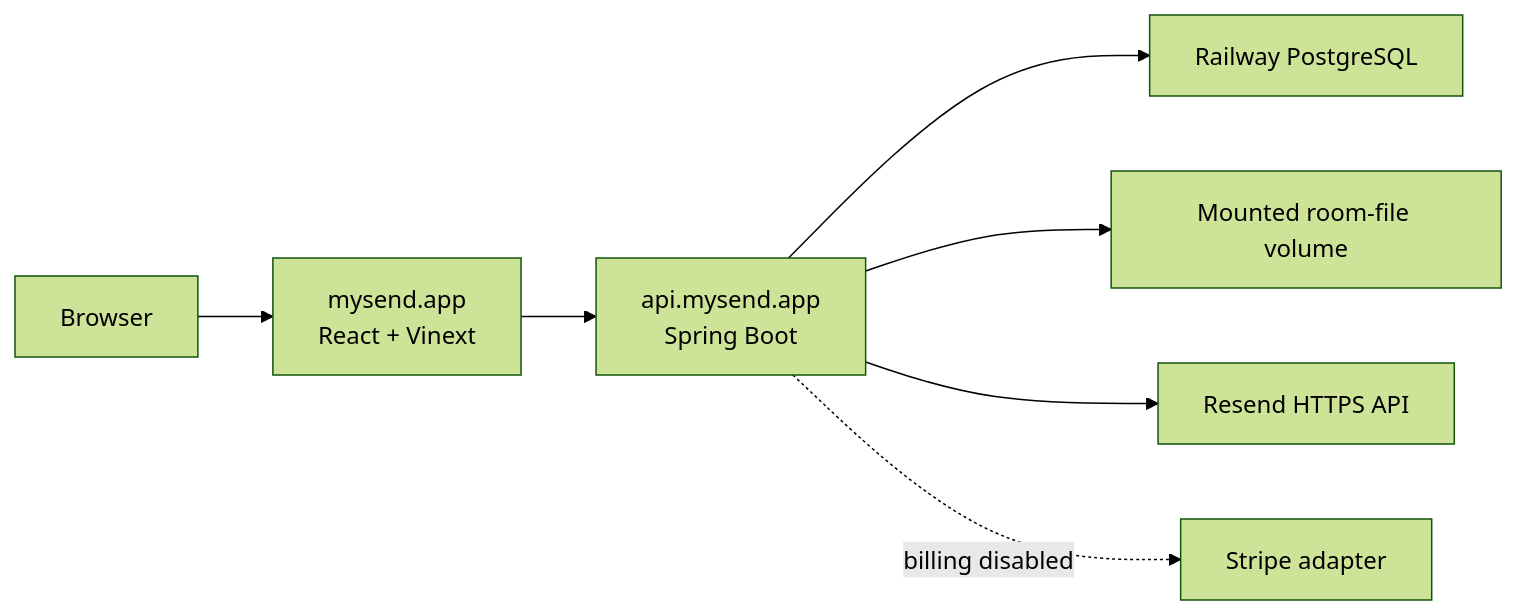
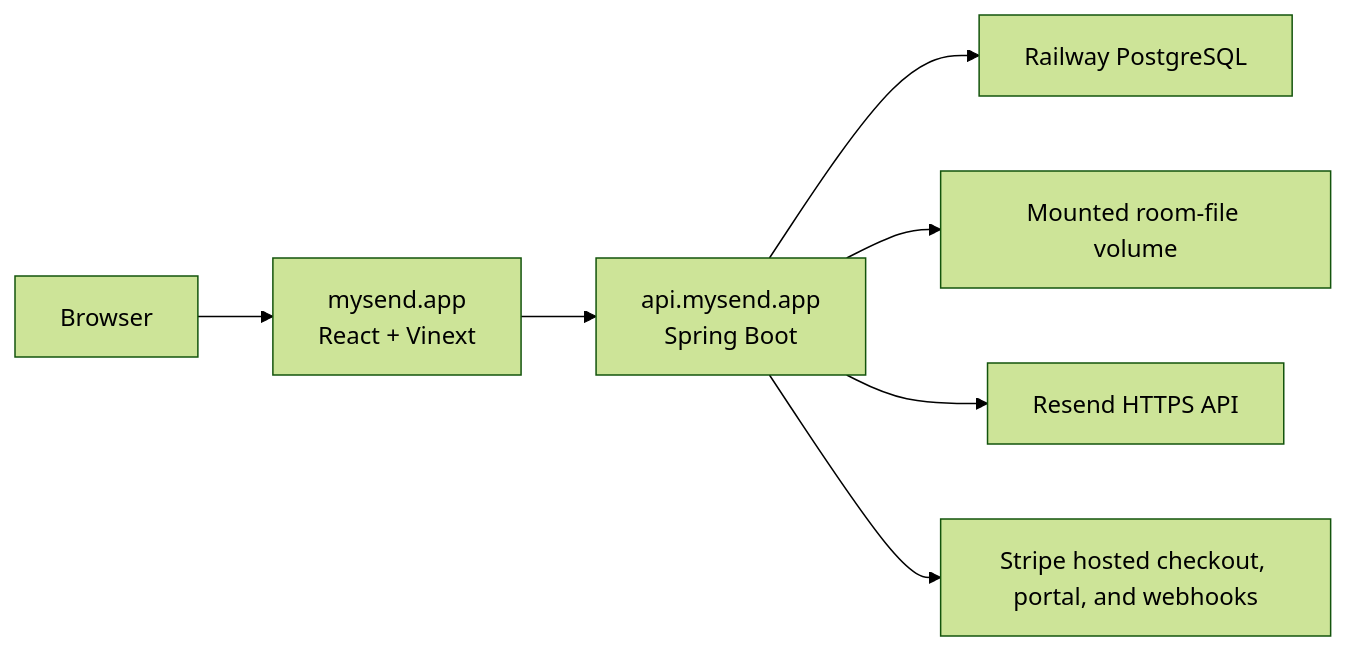
One commit to alan746/MySend changed the diagram in README.md. Above: the diagram before and after it, drawn with Mermaid (forest theme). The commit also changed other lines of this file, not shown here.

Commit message:
docs(readme): mark premium billing live

````diff
--- a/README.md
+++ b/README.md
@@ -125,9 +124,9 @@
 ```mermaid
 flowchart LR
     Browser["Browser"] --> Web["mysend.app<br>React + Vinext"]
     Web --> API["api.mysend.app<br>Spring Boot"]
     API --> DB["Railway PostgreSQL"]
     API --> Files["Mounted room-file volume"]
     API --> Mail["Resend HTTPS API"]
-    API -. billing disabled .-> Stripe["Stripe adapter"]
+    API --> Stripe["Stripe hosted checkout, portal, and webhooks"]
 ```
````
